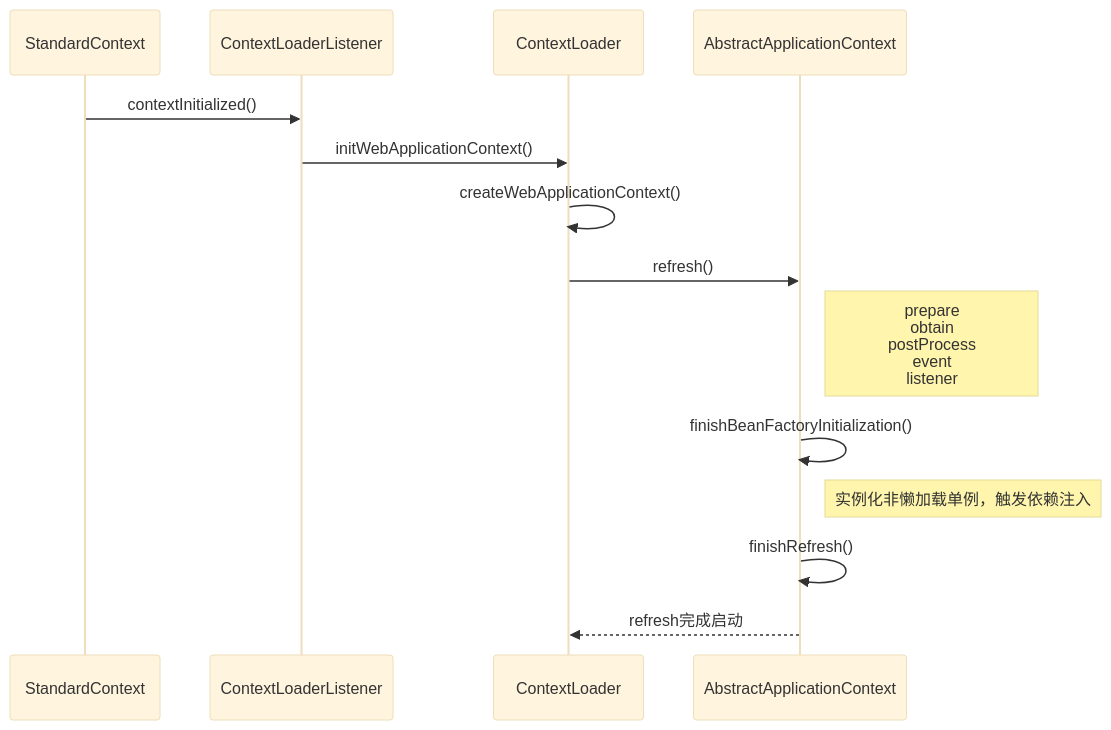
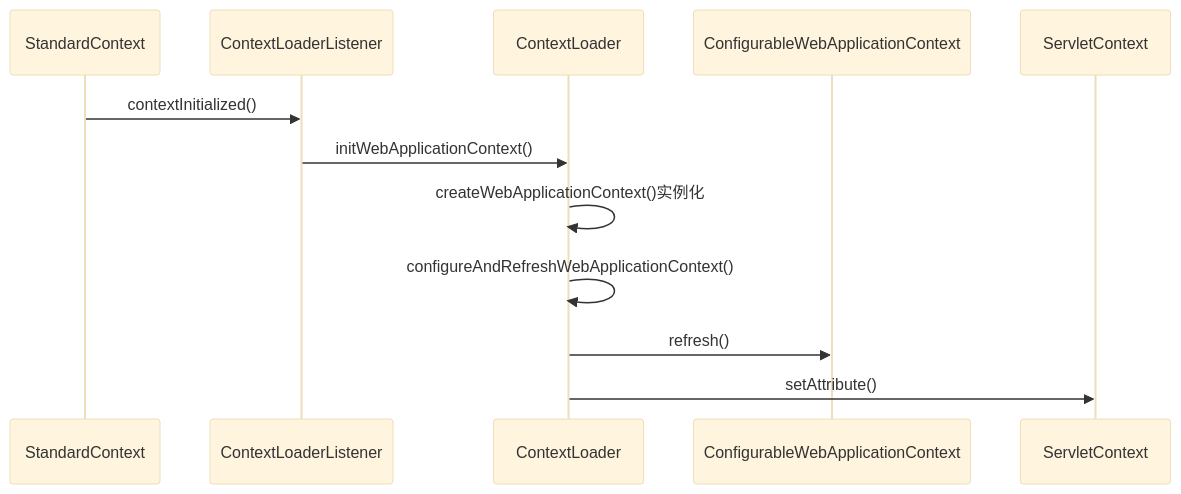
Before and after one commit to onlyonion/development: the first of 2 diagrams in 20-framework/src/spring/springmvc/ContextLoader.md, drawn with Mermaid (base theme). The commit also changed other lines of this file and 19 other files, not shown here.

````diff
--- a/20-framework/src/spring/springmvc/ContextLoader.md
+++ b/20-framework/src/spring/springmvc/ContextLoader.md
@@ -6,20 +6,16 @@
 ```mermaid
 sequenceDiagram
     %% 环境监听
     StandardContext ->> ContextLoaderListener: contextInitialized()
     ContextLoaderListener ->> ContextLoader: initWebApplicationContext()
 
-    %% 创建应用环境
-    ContextLoader ->> ContextLoader: createWebApplicationContext()
-    ContextLoader ->> AbstractApplicationContext: refresh()
-    Note right of AbstractApplicationContext: prepare <br/>obtain <br/>postProcess <br/>event <br/>listener
-
-    %% 依赖注入
-    AbstractApplicationContext ->> AbstractApplicationContext: finishBeanFactoryInitialization()
-    Note right of AbstractApplicationContext: 实例化非懒加载单例，触发依赖注入
-
-    %% 完成刷新
-    AbstractApplicationContext ->> AbstractApplicationContext: finishRefresh()
-
-    AbstractApplicationContext-->>ContextLoader:refresh完成启动
+    %% 创建web应用环境
+    ContextLoader ->> ContextLoader: createWebApplicationContext()实例化
+    
+    %% 刷新web应用环境
+    ContextLoader ->> ContextLoader: configureAndRefreshWebApplicationContext()
+    ContextLoader->>ConfigurableWebApplicationContext:refresh()
+    
+    %% 上下文关联
+    ContextLoader ->> ServletContext: setAttribute()
 ```
````
